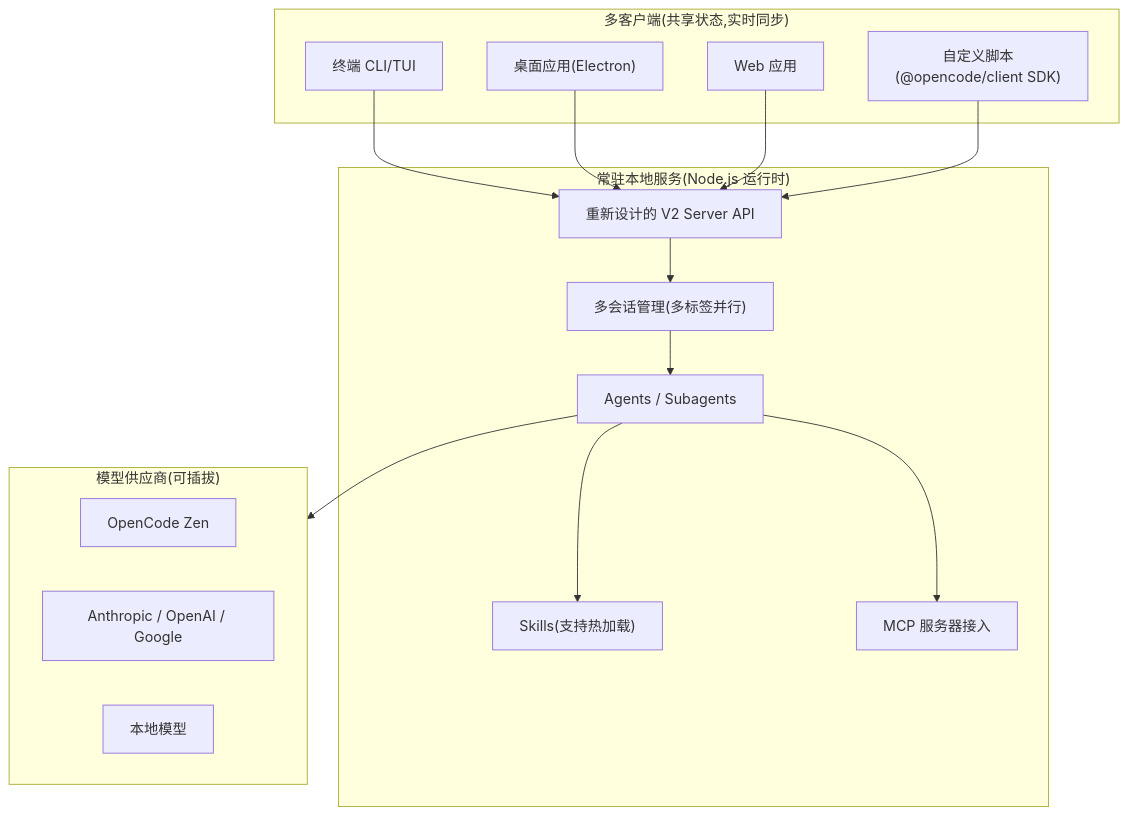
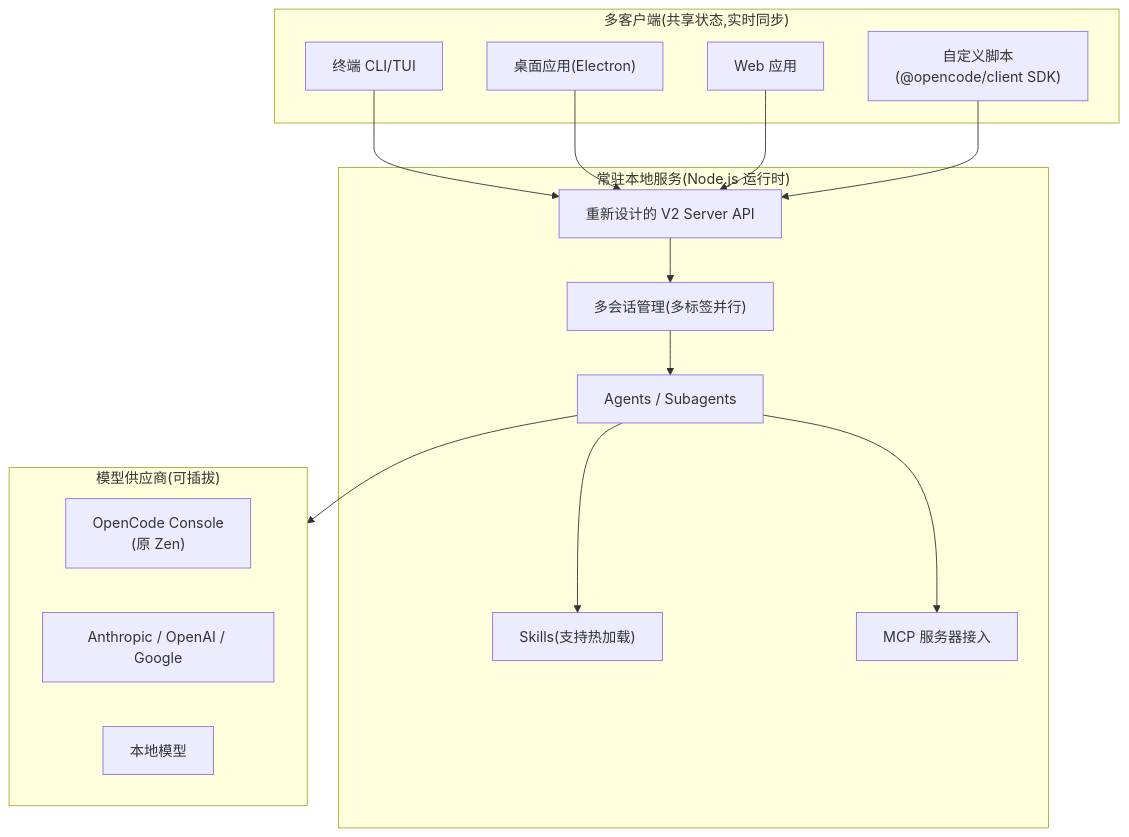
The first of 2 diagrams in Code/ai/harness/opencode/opencode@v2版本的设计和使用指南.md (xuchaoxin1375/blogs), drawn with Mermaid before and after one commit. The commit also changed other lines of this file and 5 other files, not shown here.

````diff
--- a/Code/ai/harness/opencode/opencode@v2版本的设计和使用指南.md
+++ b/Code/ai/harness/opencode/opencode@v2版本的设计和使用指南.md
@@ -50,33 +50,33 @@
 ```mermaid
 flowchart TB
     subgraph clients["多客户端(共享状态,实时同步)"]
         tui["终端 CLI/TUI"]
         desktop["桌面应用(Electron)"]
         web["Web 应用"]
         script["自定义脚本<br>(@opencode/client SDK)"]
     end
 
     subgraph server["常驻本地服务(Node.js 运行时)"]
         api["重新设计的 V2 Server API"]
         sess["多会话管理(多标签并行)"]
         skills["Skills(支持热加载)"]
         agents["Agents / Subagents"]
         mcp["MCP 服务器接入"]
     end
 
     subgraph providers["模型供应商(可插拔)"]
-        zen["OpenCode Zen"]
+        zen["OpenCode Console<br>(原 Zen)"]
         anthropic["Anthropic / OpenAI / Google"]
         local["本地模型"]
     end
 
     tui --> api
     desktop --> api
     web --> api
     script --> api
     api --> sess
     sess --> agents
     agents --> skills
     agents --> mcp
     agents --> providers
 ```
````
